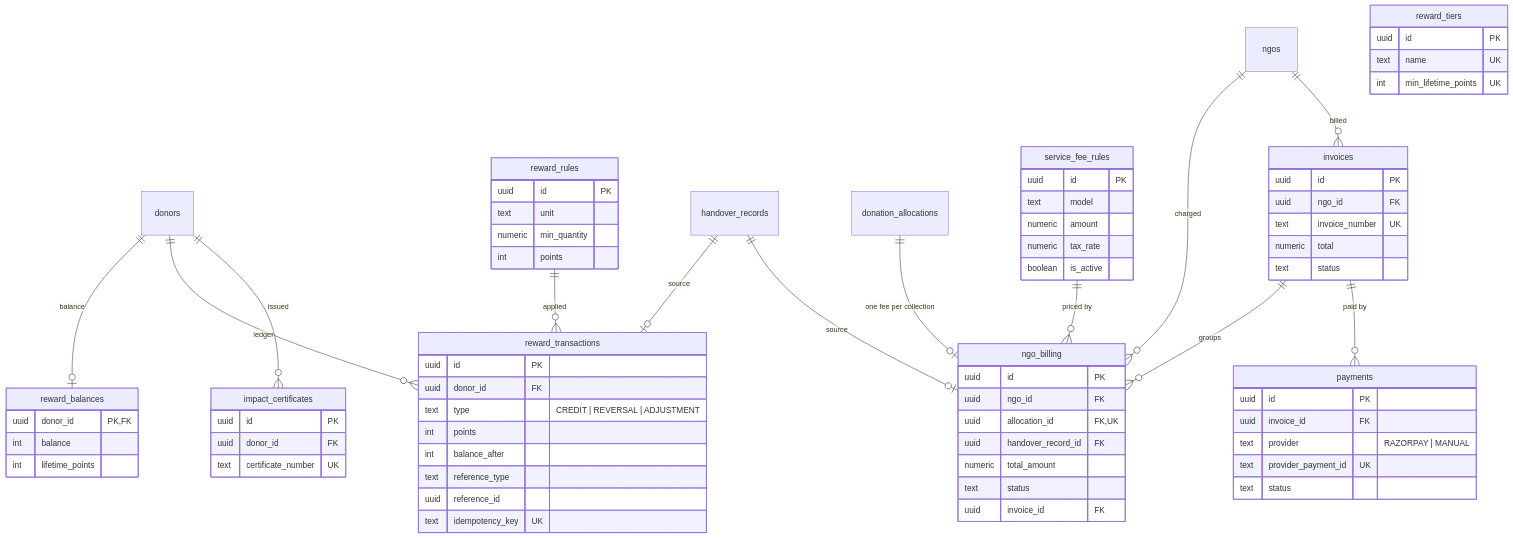
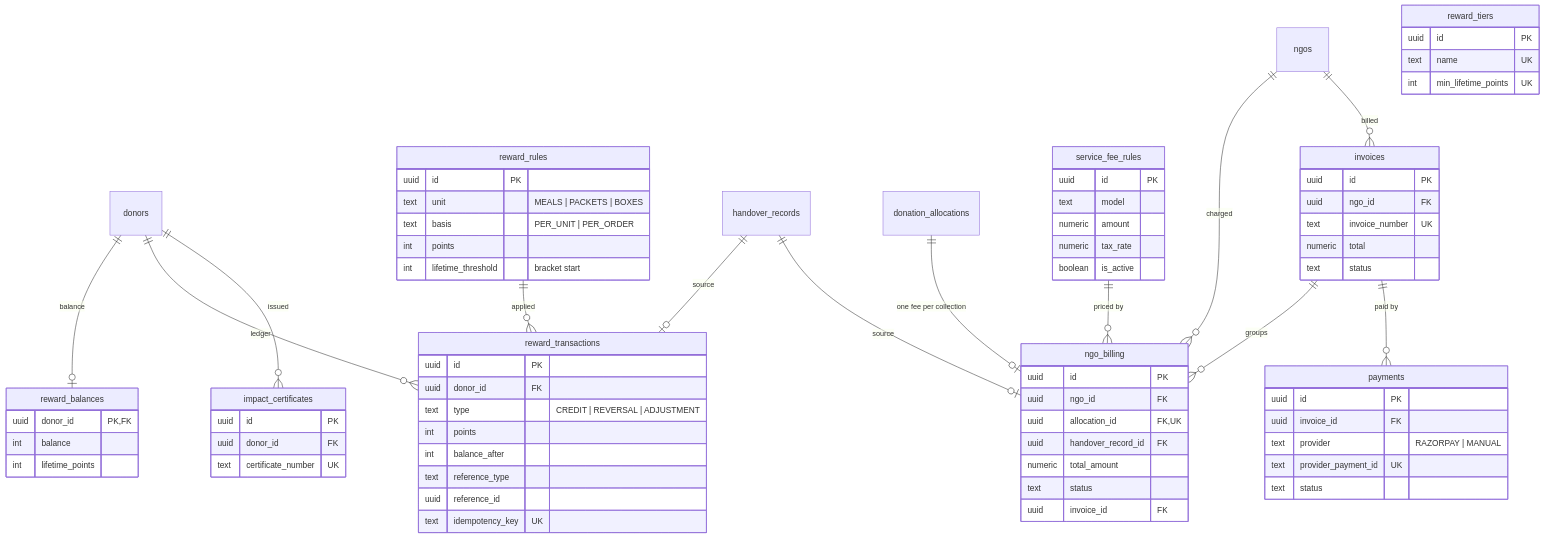
Before and after one commit to sejal0324/Foodbridge: the fifth of 7 diagrams in docs/ER_DIAGRAM.md, drawn with Mermaid. The commit also changed other lines of this file and 673 other files, not shown here.

````diff
--- a/docs/ER_DIAGRAM.md
+++ b/docs/ER_DIAGRAM.md
@@ -342,77 +331,78 @@
 ```mermaid
 erDiagram
     donors ||--o| reward_balances : "balance"
     donors ||--o{ reward_transactions : "ledger"
     reward_rules ||--o{ reward_transactions : "applied"
     handover_records ||--o| reward_transactions : "source"
     donors ||--o{ impact_certificates : "issued"
     ngos ||--o{ ngo_billing : "charged"
     donation_allocations ||--o| ngo_billing : "one fee per collection"
     handover_records ||--o| ngo_billing : "source"
     service_fee_rules ||--o{ ngo_billing : "priced by"
     invoices ||--o{ ngo_billing : "groups"
     ngos ||--o{ invoices : "billed"
     invoices ||--o{ payments : "paid by"
 
     reward_balances {
         uuid donor_id PK, FK
         int balance
         int lifetime_points
     }
     reward_transactions {
         uuid id PK
         uuid donor_id FK
         text type "CREDIT | REVERSAL | ADJUSTMENT"
         int points
         int balance_after
         text reference_type
         uuid reference_id
         text idempotency_key UK
     }
     reward_rules {
         uuid id PK
-        text unit
-        numeric min_quantity
+        text unit "MEALS | PACKETS | BOXES"
+        text basis "PER_UNIT | PER_ORDER"
         int points
+        int lifetime_threshold "bracket start"
     }
     reward_tiers {
         uuid id PK
         text name UK
         int min_lifetime_points UK
     }
     impact_certificates {
         uuid id PK
         uuid donor_id FK
         text certificate_number UK
     }
     service_fee_rules {
         uuid id PK
         text model
         numeric amount
         numeric tax_rate
         boolean is_active
     }
     ngo_billing {
         uuid id PK
         uuid ngo_id FK
         uuid allocation_id FK, UK
         uuid handover_record_id FK
         numeric total_amount
         text status
         uuid invoice_id FK
     }
     invoices {
         uuid id PK
         uuid ngo_id FK
         text invoice_number UK
         numeric total
         text status
     }
     payments {
         uuid id PK
         uuid invoice_id FK
         text provider "RAZORPAY | MANUAL"
         text provider_payment_id UK
         text status
     }
 ```
````
